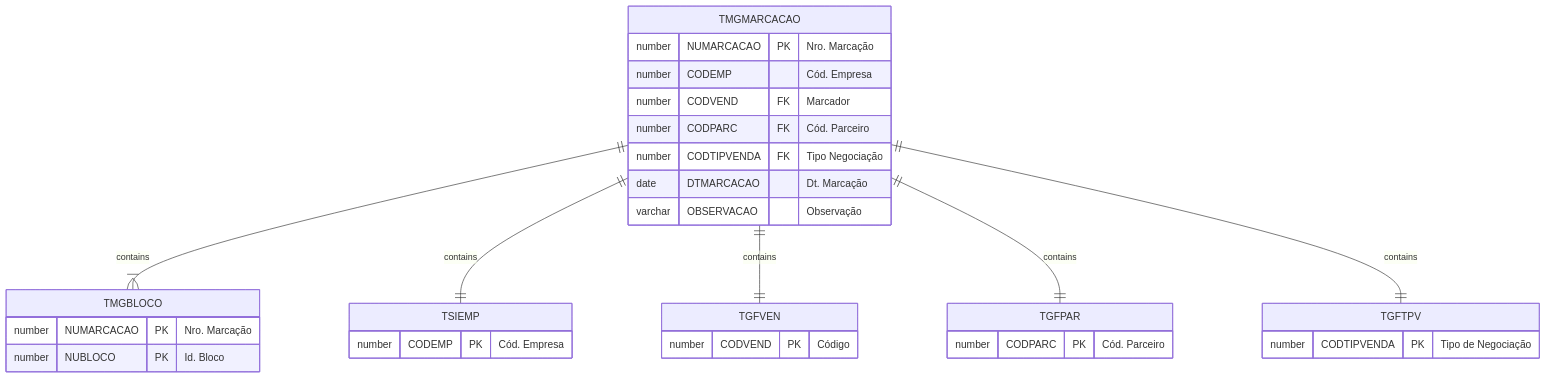
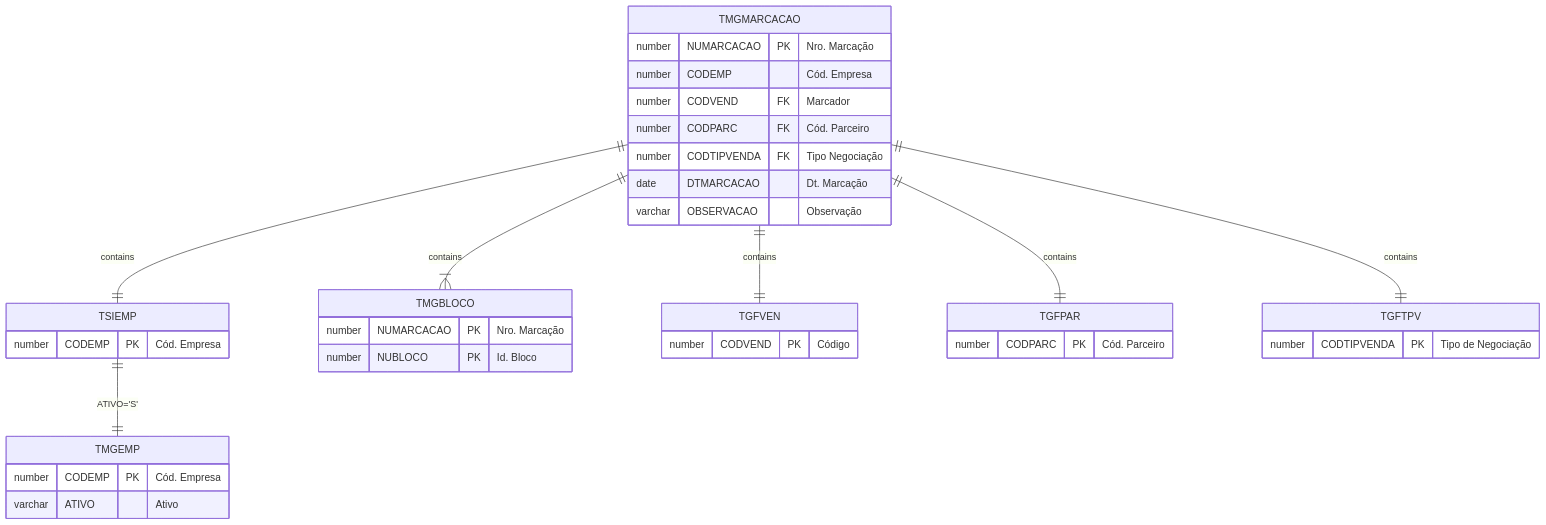
The diagram in docs/_database/TMGMARCACAO.md (cbmsoft/margrandocs), drawn with Mermaid before and after one commit. The commit also changed other lines of this file and 2 other files, not shown here.

Commit message:
docs: preferencias por empresa e cabecalho marcacao

````diff
--- a/docs/_database/TMGMARCACAO.md
+++ b/docs/_database/TMGMARCACAO.md
@@ -31,34 +35,40 @@
 ```mermaid
 erDiagram
+    TMGMARCACAO ||--|| TSIEMP : contains
     TMGMARCACAO ||--|{ TMGBLOCO : contains
-    TMGMARCACAO ||--|| TSIEMP : contains
     TMGMARCACAO ||--|| TGFVEN : contains
     TMGMARCACAO ||--|| TGFPAR : contains
     TMGMARCACAO ||--|| TGFTPV : contains
+
+    TSIEMP ||--|| TMGEMP : "ATIVO='S'"
 
     TMGMARCACAO {
         number NUMARCACAO PK "Nro. Marcação"
         number CODEMP "Cód. Empresa"
         number CODVEND FK "Marcador"
         number CODPARC FK "Cód. Parceiro"
         number CODTIPVENDA FK "Tipo Negociação"
         date DTMARCACAO "Dt. Marcação"
         varchar OBSERVACAO "Observação"
     }
+    TSIEMP {
+        number CODEMP PK "Cód. Empresa"
+    }
     TMGBLOCO {
         number NUMARCACAO PK "Nro. Marcação"
         number NUBLOCO PK "Id. Bloco"
-    }
-    TSIEMP {
-        number CODEMP PK "Cód. Empresa"
     }
     TGFVEN {
         number CODVEND PK "Código"
     }
     TGFPAR {
         number CODPARC PK "Cód. Parceiro"
     }
     TGFTPV {
         number CODTIPVENDA PK "Tipo de Negociação"
     }
+    TMGEMP {
+        number CODEMP PK "Cód. Empresa"
+        varchar ATIVO "Ativo"
+    }
 ```
````
